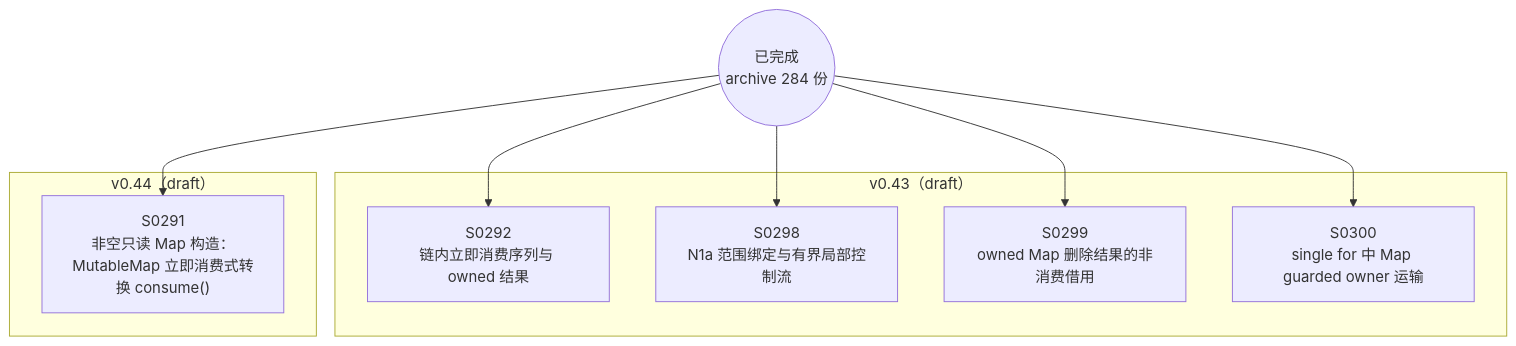
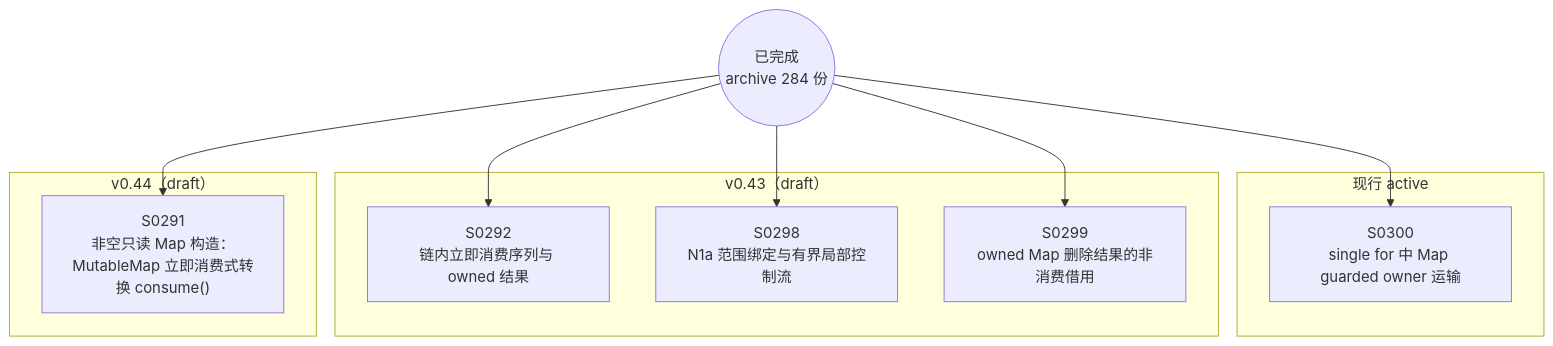
Before and after one commit to Halckon/Koven: the diagram in docs/specs/dependency-graph.md, drawn with Mermaid. The commit also changed other lines of this file and 8 other files, not shown here.

Commit message:
docs(spec): activate bounded single Map loop owner carry (SPEC-0300)

````diff
--- a/docs/specs/dependency-graph.md
+++ b/docs/specs/dependency-graph.md
@@ -9,18 +9,20 @@
 ```mermaid
 flowchart TD
 ARCH(("已完成<br/>archive 284 份"))
+subgraph Gactive["现行 active"]
+  S0300["S0300<br/>single for 中 Map guarded owner 运输"]
+end
 subgraph Gdrafts_v043["v0.43（draft）"]
   S0292["S0292<br/>链内立即消费序列与 owned 结果"]
   S0298["S0298<br/>N1a 范围绑定与有界局部控制流"]
   S0299["S0299<br/>owned Map 删除结果的非消费借用"]
-  S0300["S0300<br/>single for 中 Map guarded owner 运输"]
 end
 subgraph Gdrafts_v044["v0.44（draft）"]
   S0291["S0291<br/>非空只读 Map 构造：MutableMap 立即消费式转换 consume()"]
 end
 ARCH --> S0291
 ARCH --> S0292
 ARCH --> S0298
 ARCH --> S0299
 ARCH --> S0300
 ```
````
